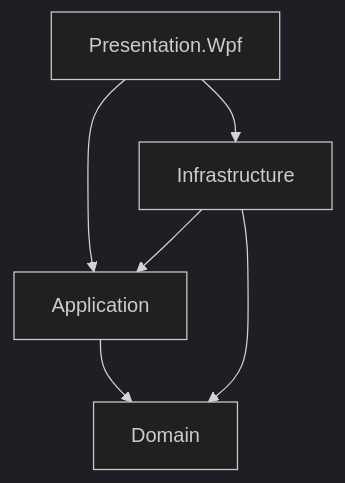
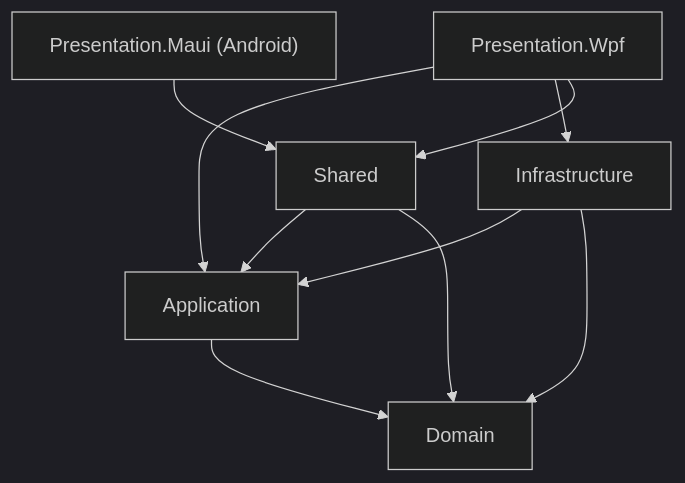
One commit to HenC1709/MusicLayer changed the diagram in README.md. Above: the diagram before and after it, drawn with Mermaid (dark theme). The commit also changed other lines of this file and 66 other files, not shown here.

````diff
--- a/README.md
+++ b/README.md
@@ -30,8 +30,12 @@
 ```mermaid
 flowchart TD
     WPF["Presentation.Wpf"] --> APP["Application"]
     WPF --> INF["Infrastructure"]
+    WPF --> SHARED["Shared"]
+    MAUI["Presentation.Maui (Android)"] --> SHARED
+    SHARED --> APP
+    SHARED --> DOM["Domain"]
     INF --> APP
-    INF --> DOM["Domain"]
+    INF --> DOM
     APP --> DOM
 ```
````
